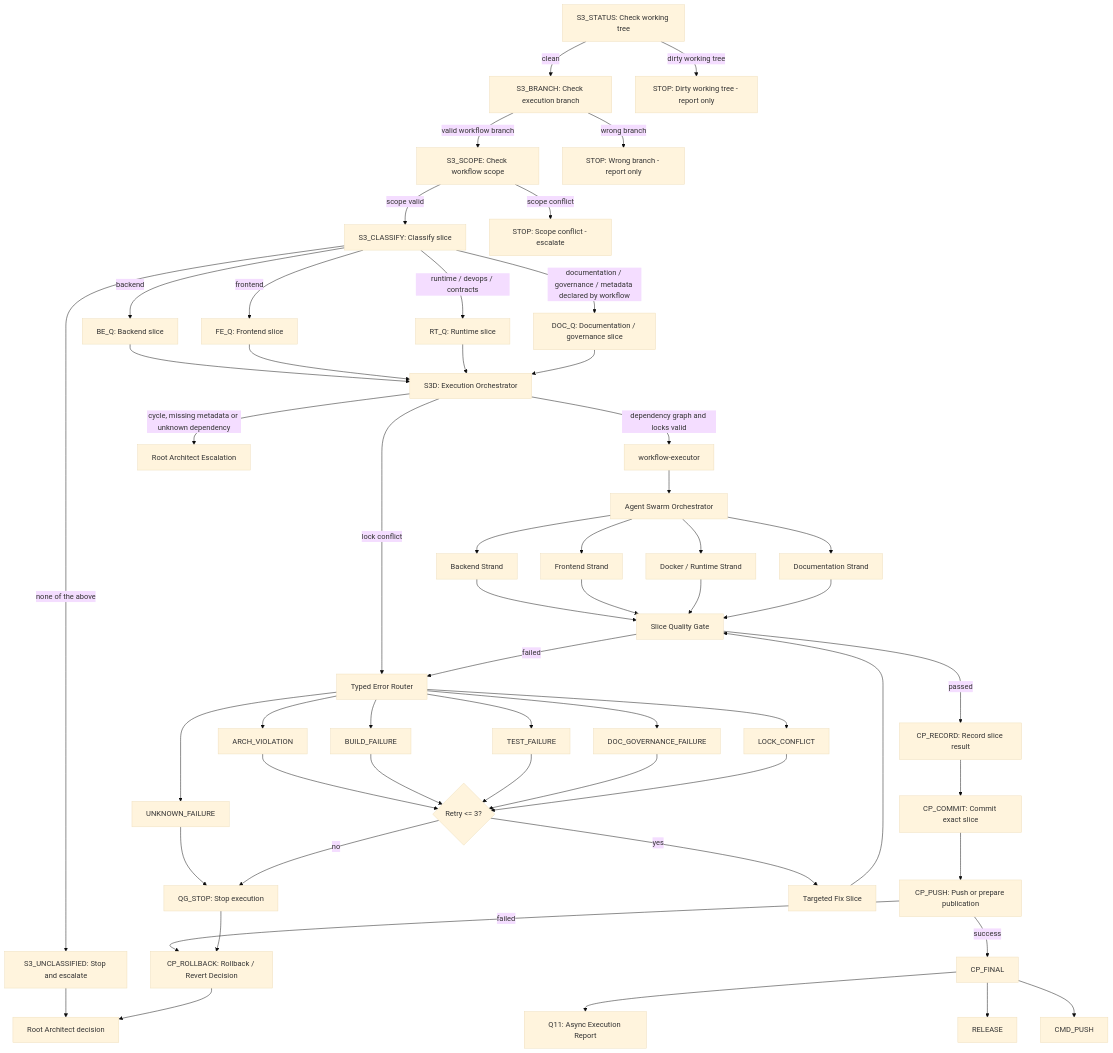
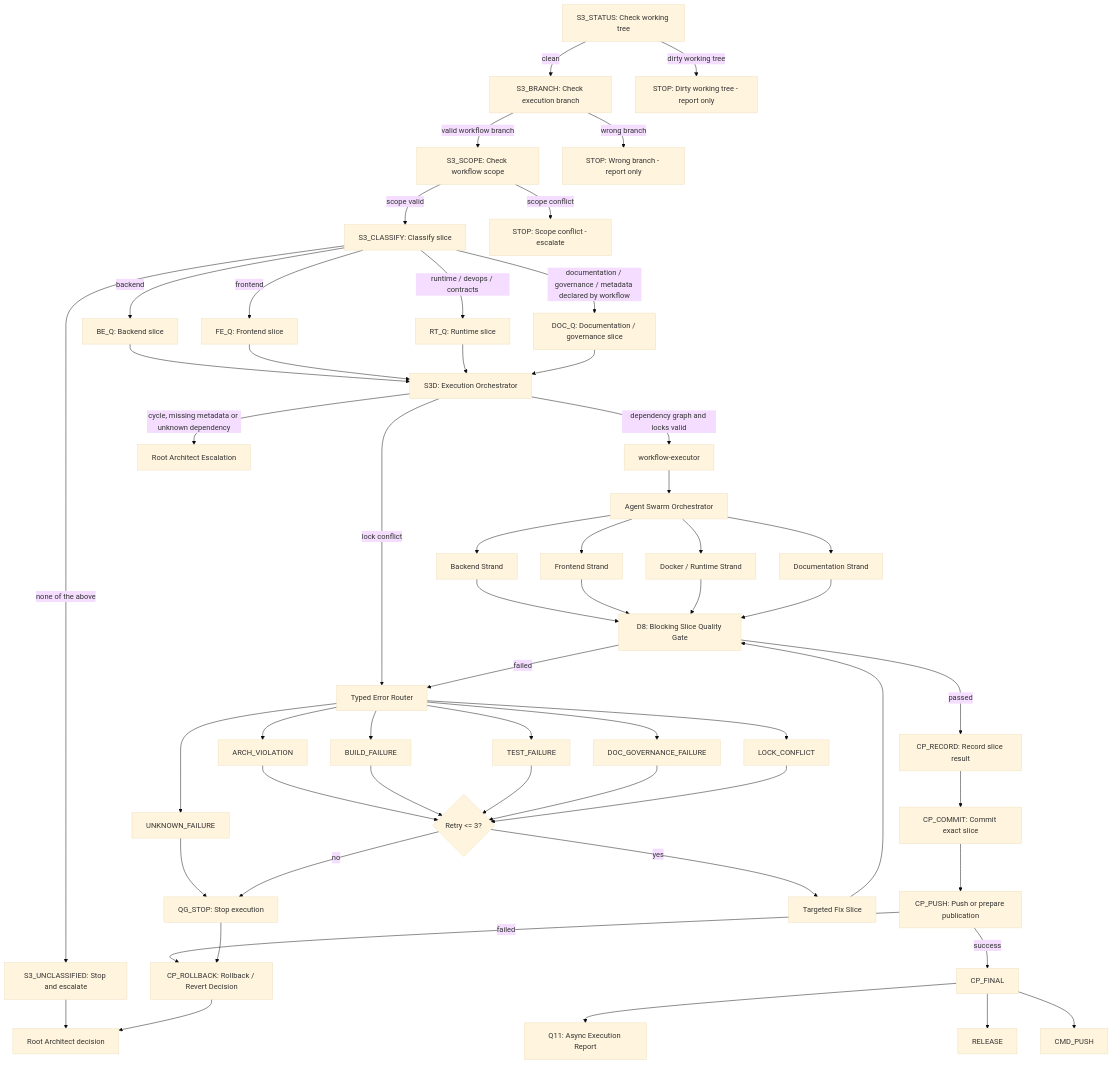
The fourth of 5 diagrams in docs/agents/agent-governance.md (MatthiasBurger-Coder/forensic_analytics), drawn with Mermaid (base theme) before and after one commit. The commit also changed other lines of this file and 17 other files, not shown here.

```diff
--- a/docs/agents/agent-governance.md
+++ b/docs/agents/agent-governance.md
@@ -177,7 +177,7 @@
   Frontend["Frontend Strand"]
   Runtime["Docker / Runtime Strand"]
   Docs["Documentation Strand"]
-  Gate["Slice Quality Gate"]
+  Gate["D8: Blocking Slice Quality Gate"]
   QG_STOP["QG_STOP: Stop execution"]
   CP_RECORD["CP_RECORD: Record slice result"]
   CP_COMMIT["CP_COMMIT: Commit exact slice"]
```
